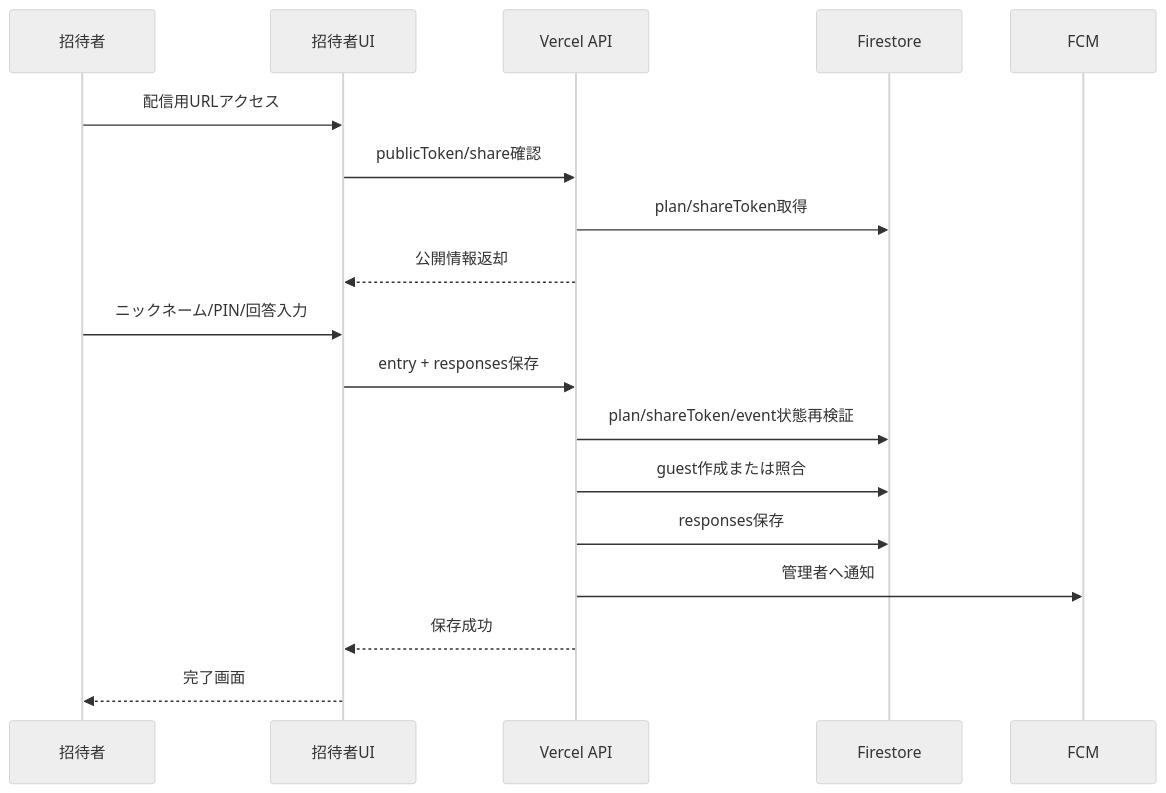
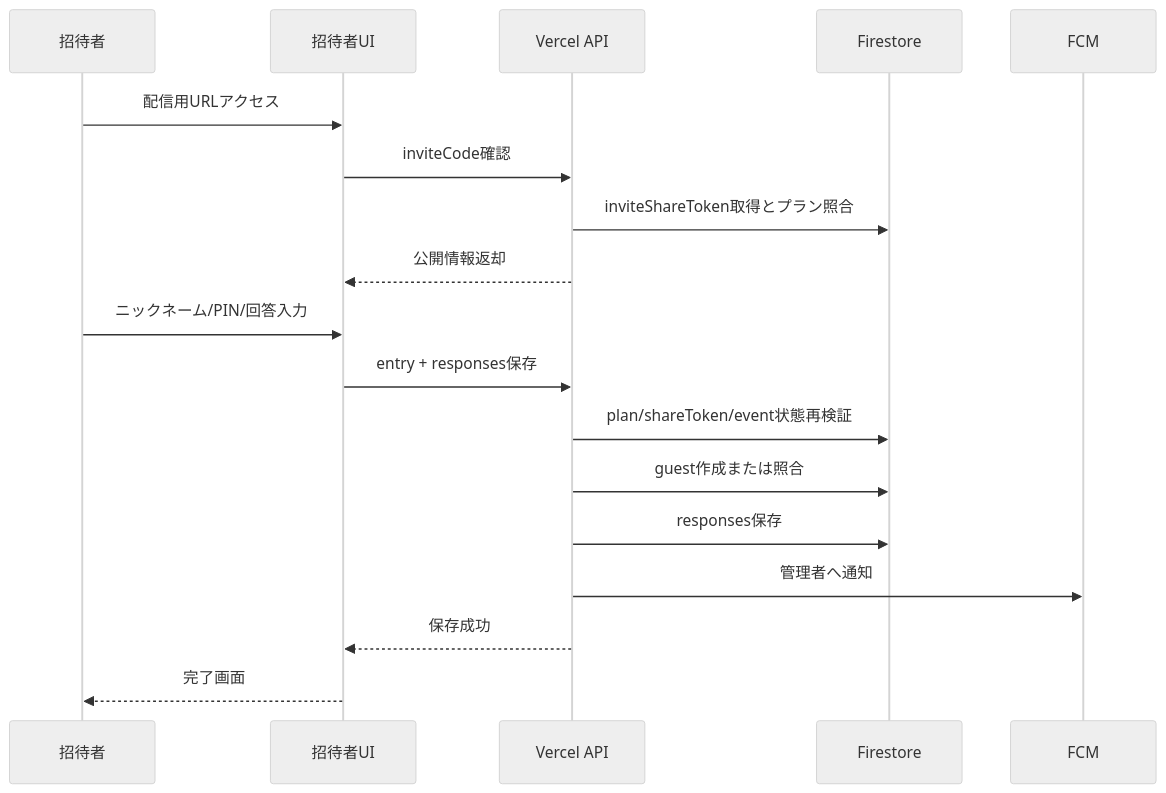
The fourth of 5 diagrams in docs/system-design.md (Bamboosato/rsvp-manager-app), drawn with Mermaid (neutral theme) before and after one commit. The commit also changed other lines of this file and 7 other files, not shown here.

````diff
--- a/docs/system-design.md
+++ b/docs/system-design.md
@@ -422,20 +474,20 @@
 ```mermaid
 sequenceDiagram
   participant G as 招待者
   participant UI as 招待者UI
   participant API as Vercel API
   participant DB as Firestore
   participant FCM as FCM
   G->>UI: 配信用URLアクセス
-  UI->>API: publicToken/share確認
-  API->>DB: plan/shareToken取得
+  UI->>API: inviteCode確認
+  API->>DB: inviteShareToken取得とプラン照合
   API-->>UI: 公開情報返却
   G->>UI: ニックネーム/PIN/回答入力
   UI->>API: entry + responses保存
   API->>DB: plan/shareToken/event状態再検証
   API->>DB: guest作成または照合
   API->>DB: responses保存
   API->>FCM: 管理者へ通知
   API-->>UI: 保存成功
   UI-->>G: 完了画面
 ```
````
